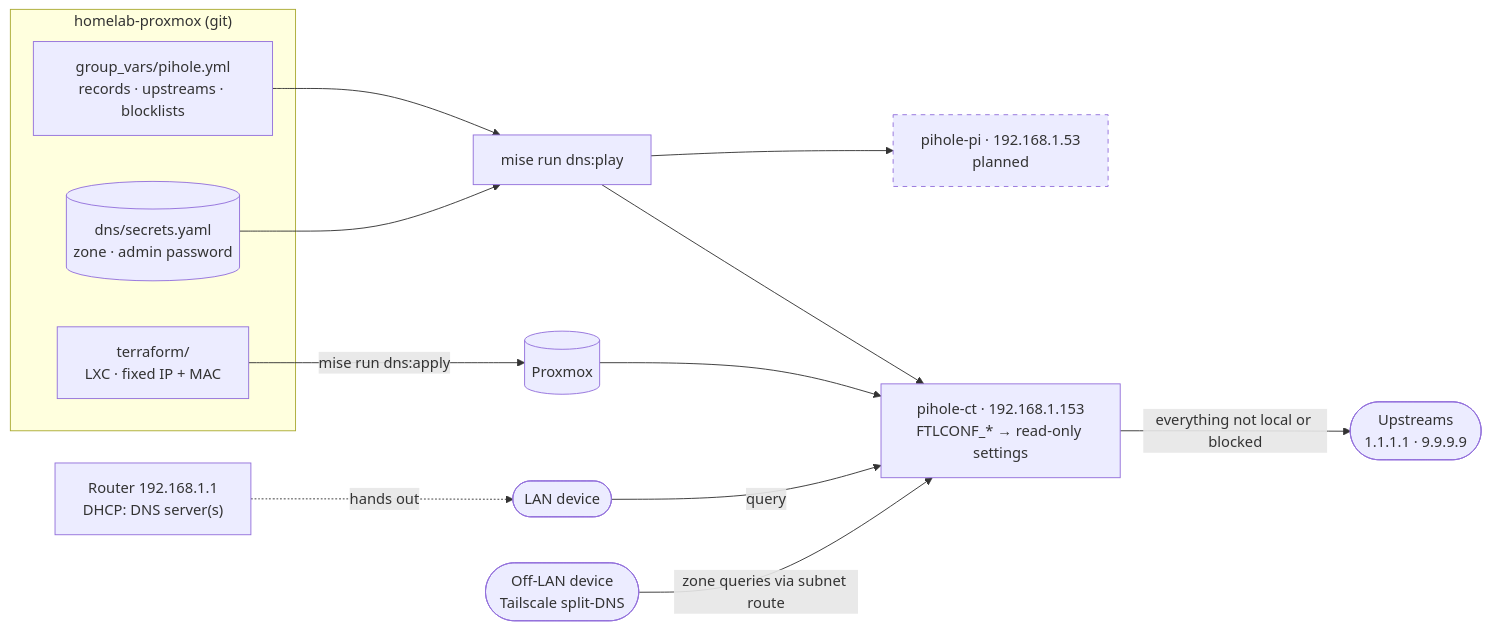
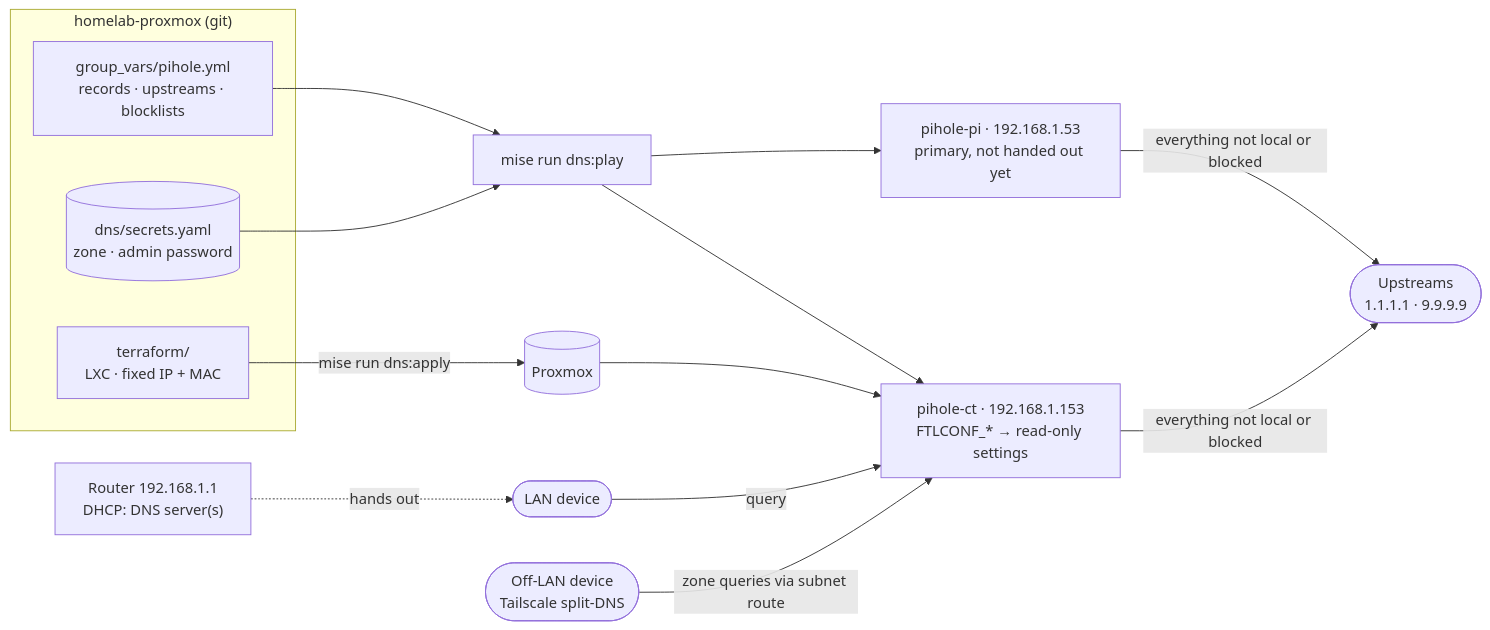
One commit to colac/homelab-proxmox changed the diagram in dns/README.md. Above: the diagram before and after it, drawn with Mermaid. The commit also changed other lines of this file and 27 other files, not shown here.

````diff
--- a/dns/README.md
+++ b/dns/README.md
@@ -30,27 +42,24 @@
 ```mermaid
 flowchart LR
   subgraph git["homelab-proxmox (git)"]
     gv["group_vars/pihole.yml<br/>records · upstreams · blocklists"]
     sec[("dns/secrets.yaml<br/>zone · admin password")]
     tf["terraform/<br/>LXC · fixed IP + MAC"]
   end
   play["mise run dns:play"]
   ct["pihole-ct · 192.168.1.153<br/>FTLCONF_* → read-only settings"]
-  pi["pihole-pi · 192.168.1.53<br/>planned"]
+  pi["pihole-pi · 192.168.1.53<br/>primary, not handed out yet"]
   pve[("Proxmox")]
   router["Router 192.168.1.1<br/>DHCP: DNS server(s)"]
   client(["LAN device"])
   ts(["Off-LAN device<br/>Tailscale split-DNS"])
   up(["Upstreams<br/>1.1.1.1 · 9.9.9.9"])
 
   tf -- "mise run dns:apply" --> pve --> ct
   gv & sec --> play
   play --> ct & pi
   router -. "hands out" .-> client
   client -- "query" --> ct
   ts -- "zone queries via subnet route" --> ct
-  ct -- "everything not local or blocked" --> up
-
-  classDef planned stroke-dasharray: 5 5
-  class pi planned
+  ct & pi -- "everything not local or blocked" --> up
 ```
````
